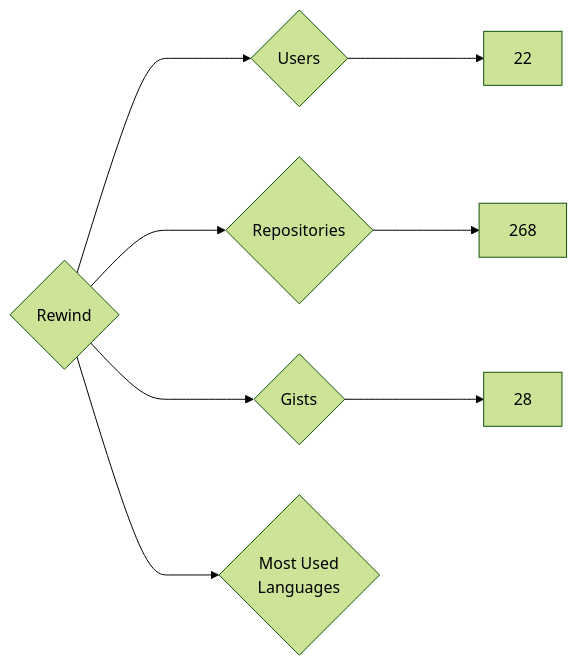
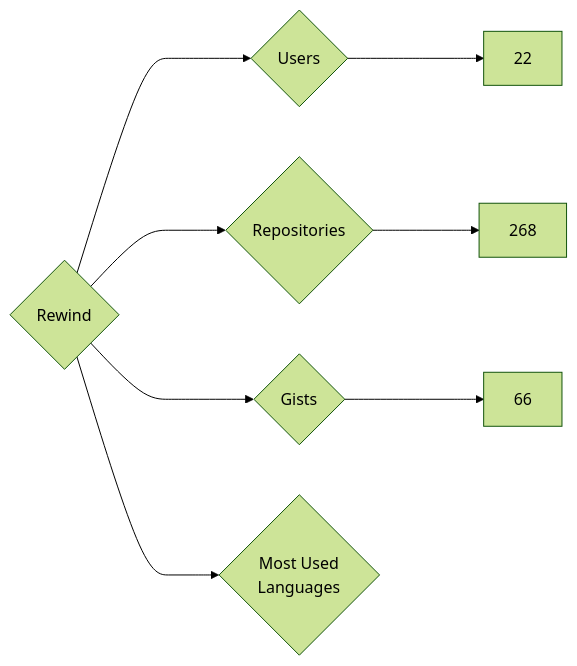
Before and after one commit to nenadzaric/insiders: the diagram in targets/Rewind/README.md, drawn with Mermaid (forest theme). The commit also changed 1342 other files, not shown here.

````diff
--- a/targets/Rewind/README.md
+++ b/targets/Rewind/README.md
@@ -3,8 +3,8 @@
 ```mermaid
 graph LR
 COMPANY_NAME{Rewind}
 COMPANY_NAME ---> U{Users} ---> UN[22]
 COMPANY_NAME ---> R{Repositories} ---> RN[268]
-COMPANY_NAME ---> G{Gists} ---> GN[28]
+COMPANY_NAME ---> G{Gists} ---> GN[66]
 COMPANY_NAME ---> ML{Most Used<br>Languages}
 ```
````
